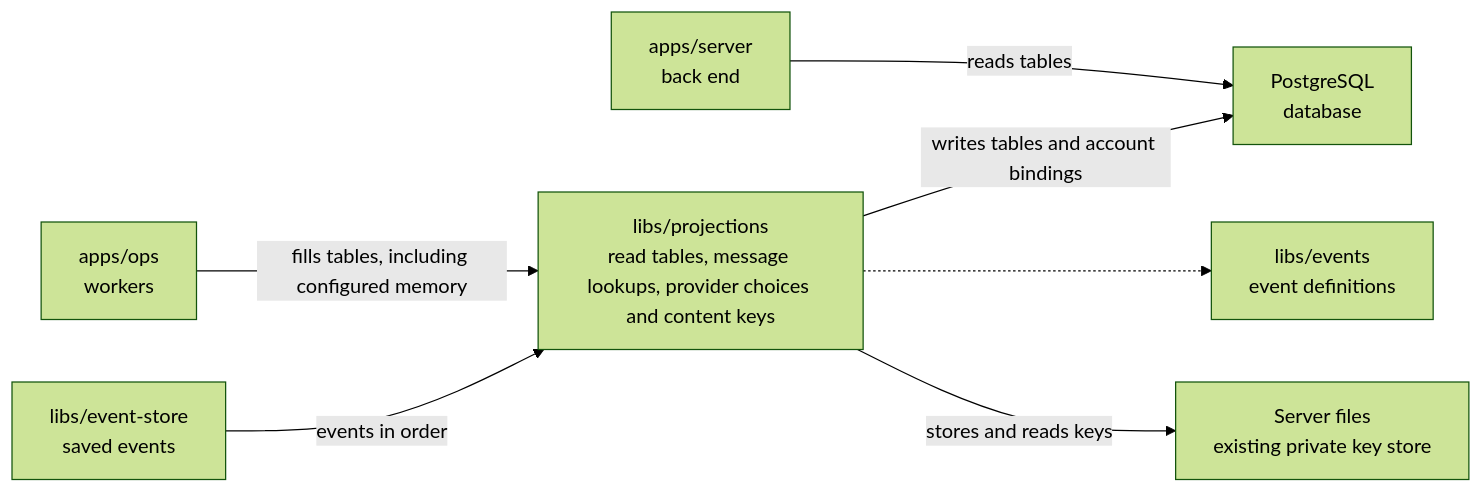
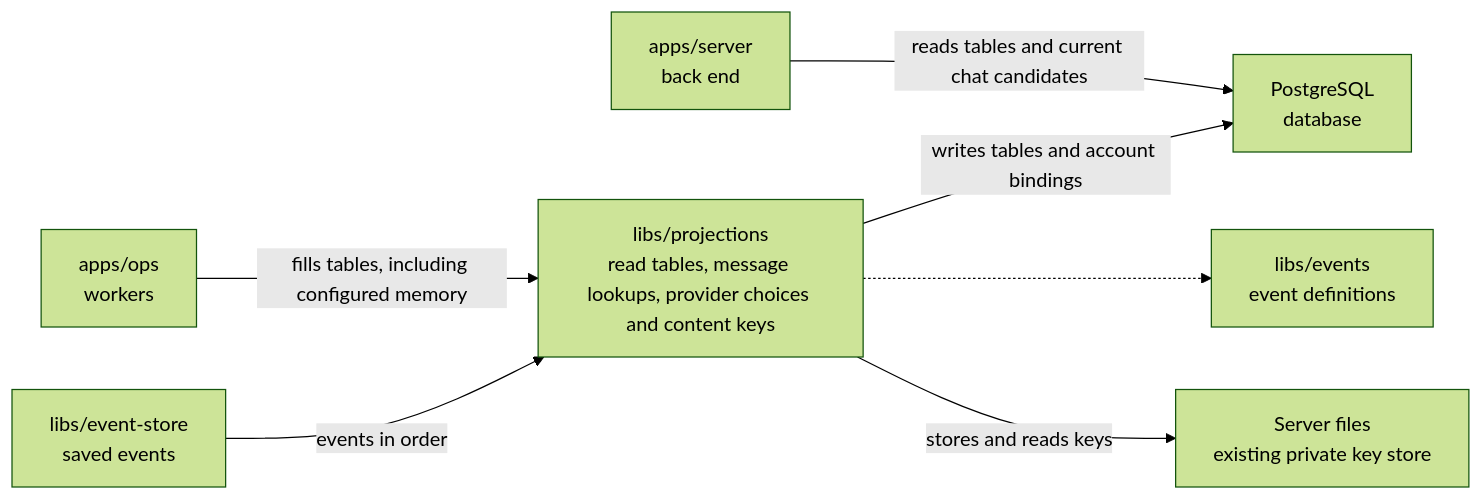
Before and after one commit to elewa-git/opencrane-new: the diagram in libs/projections/README.md, drawn with Mermaid (forest theme). The commit also changed other lines of this file and 25 other files, not shown here.

````diff
--- a/libs/projections/README.md
+++ b/libs/projections/README.md
@@ -23,9 +23,9 @@
 ```mermaid
 flowchart LR
   ops["apps/ops<br/>workers"] -->|fills tables, including configured memory| projections["libs/projections<br/>read tables, message lookups, provider choices and content keys"]
-  server["apps/server<br/>back end"] -->|reads tables| pg["PostgreSQL<br/>database"]
+  server["apps/server<br/>back end"] -->|reads tables and current chat candidates| pg["PostgreSQL<br/>database"]
   projections -->|writes tables and account bindings| pg
   store["libs/event-store<br/>saved events"] -->|events in order| projections
   projections -.-> events["libs/events<br/>event definitions"]
   projections -->|stores and reads keys| keys["Server files<br/>existing private key store"]
 ```
````
